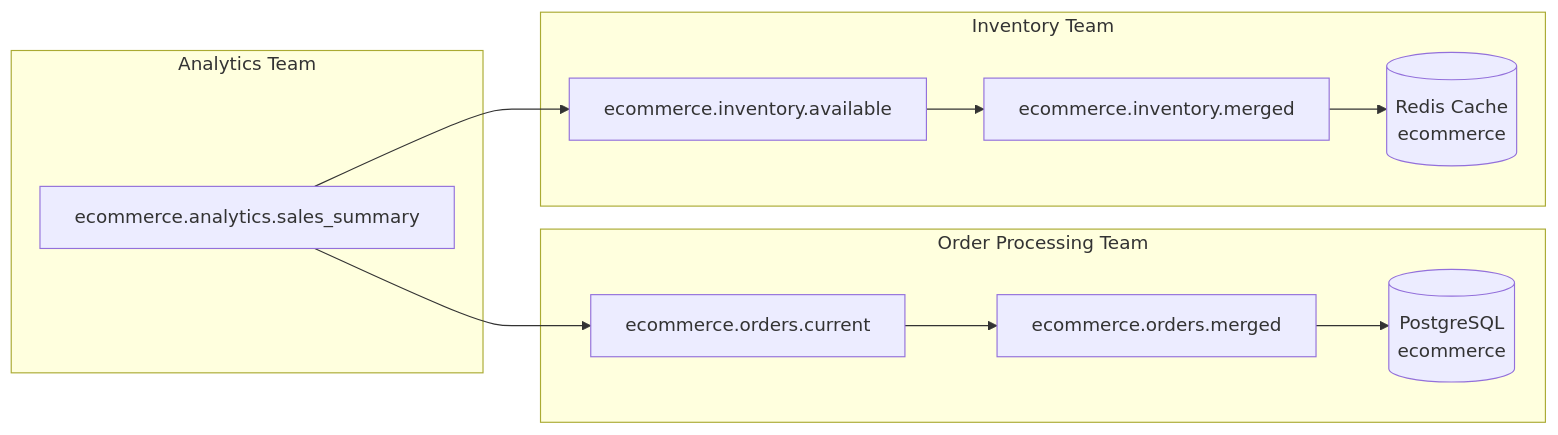
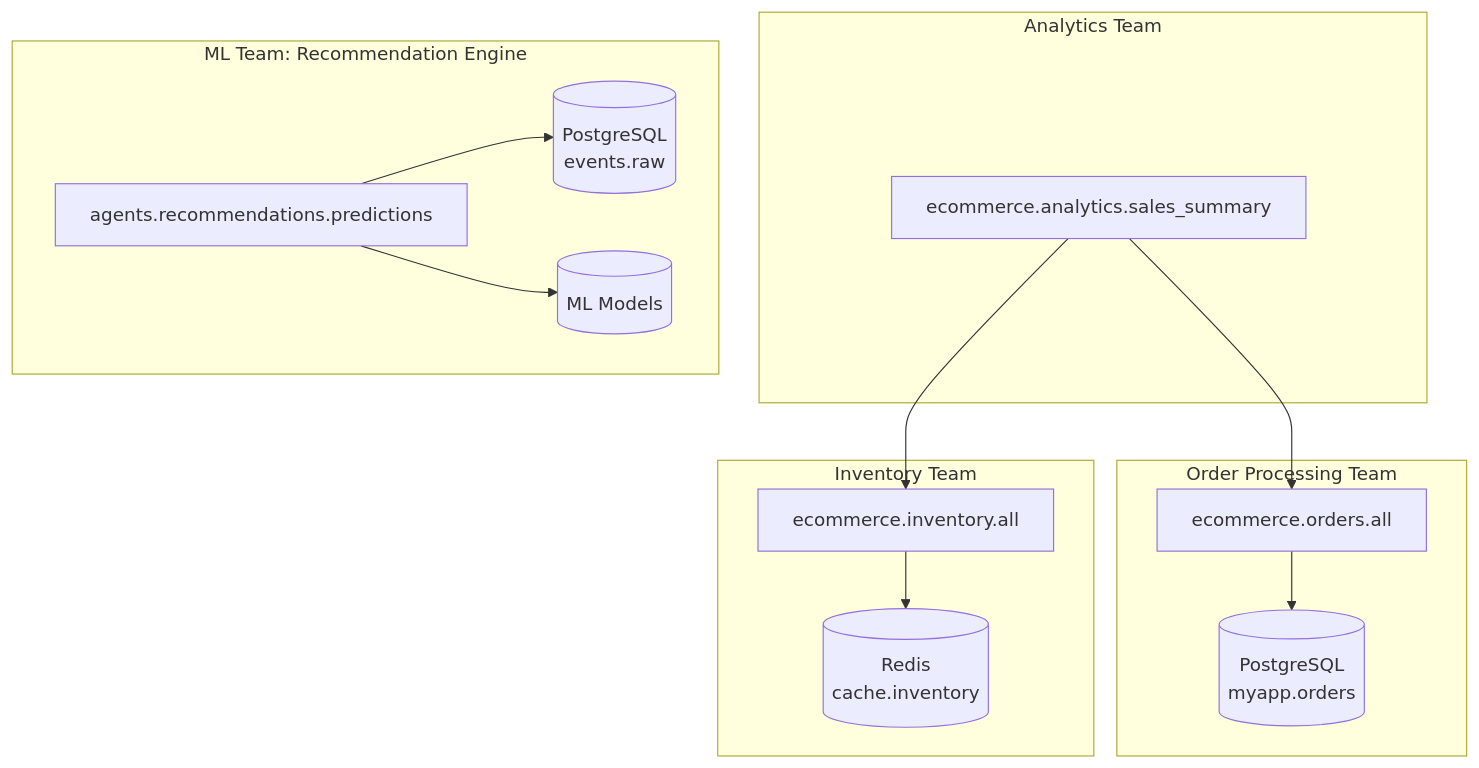
The second of 3 diagrams in sections/03-use-cases.md (robfromboulder/virtual-view-manifesto), drawn with Mermaid before and after one commit. The commit also changed other lines of this file, not shown here.

````diff
--- a/sections/03-use-cases.md
+++ b/sections/03-use-cases.md
@@ -325,17 +379,20 @@
 ```mermaid
-flowchart LR
+flowchart TD
     subgraph Feature1["Order Processing Team"]
-        O1["ecommerce.orders.current"] --> O2["ecommerce.orders.merged"]
-        O2 --> DB1[("PostgreSQL<br/>ecommerce")]
+        O["ecommerce.orders.all"] --> DB1[("PostgreSQL<br/>myapp.orders")]
     end
 
     subgraph Feature2["Inventory Team"]
-        I1["ecommerce.inventory.available"] --> I2["ecommerce.inventory.merged"]
-        I2 --> DB2[("Redis Cache<br/>ecommerce")]
+        I["ecommerce.inventory.all"] --> DB2[("Redis<br/>cache.inventory")]
     end
 
     subgraph Feature3["Analytics Team"]
-        A1["ecommerce.analytics.sales_summary"] --> O1
-        A1 --> I1
+        A["ecommerce.analytics.sales_summary"] --> O
+        A --> I
+    end
+
+    subgraph Agent["ML Team: Recommendation Engine"]
+        R["agents.recommendations.predictions"] --> DB3[("PostgreSQL<br/>events.raw")]
+        R --> DB4[("ML Models")]
     end
 ```
````
